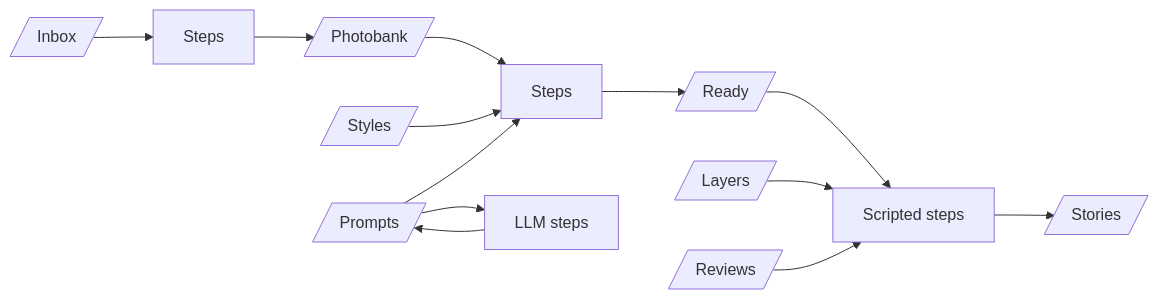
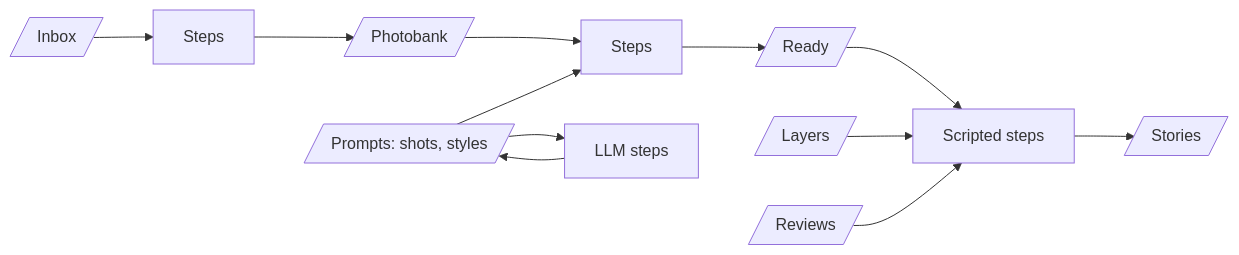
Before and after one commit to losnikitos/rocketbox: the diagram in AGENTS.md, drawn with Mermaid. The commit also changed other lines of this file and 37 other files, not shown here.

Commit message:
Prompt and review folders give their pinned items, else their newest N (Take), like media folders, so a workflow can fix which style or review a step uses; styles fold into prompts.

````diff
--- a/AGENTS.md
+++ b/AGENTS.md
@@ -31,9 +31,8 @@
 ```mermaid
 flowchart LR
  Inbox[/Inbox/] --> InboxSteps[Steps] --> Photobank[/Photobank/] --> Steps --> Ready[/Ready/] --> Scripted[Scripted steps] --> Stories[/Stories/]
- Styles[/Styles/] --> Steps
- Prompts[/Prompts/] --> Steps
+ Prompts[/Prompts: shots, styles/] --> Steps
  Prompts --> LLM[LLM steps] --> Prompts
  Layers[/Layers/] --> Scripted
  Reviews[/Reviews/] --> Scripted
 ```
````
